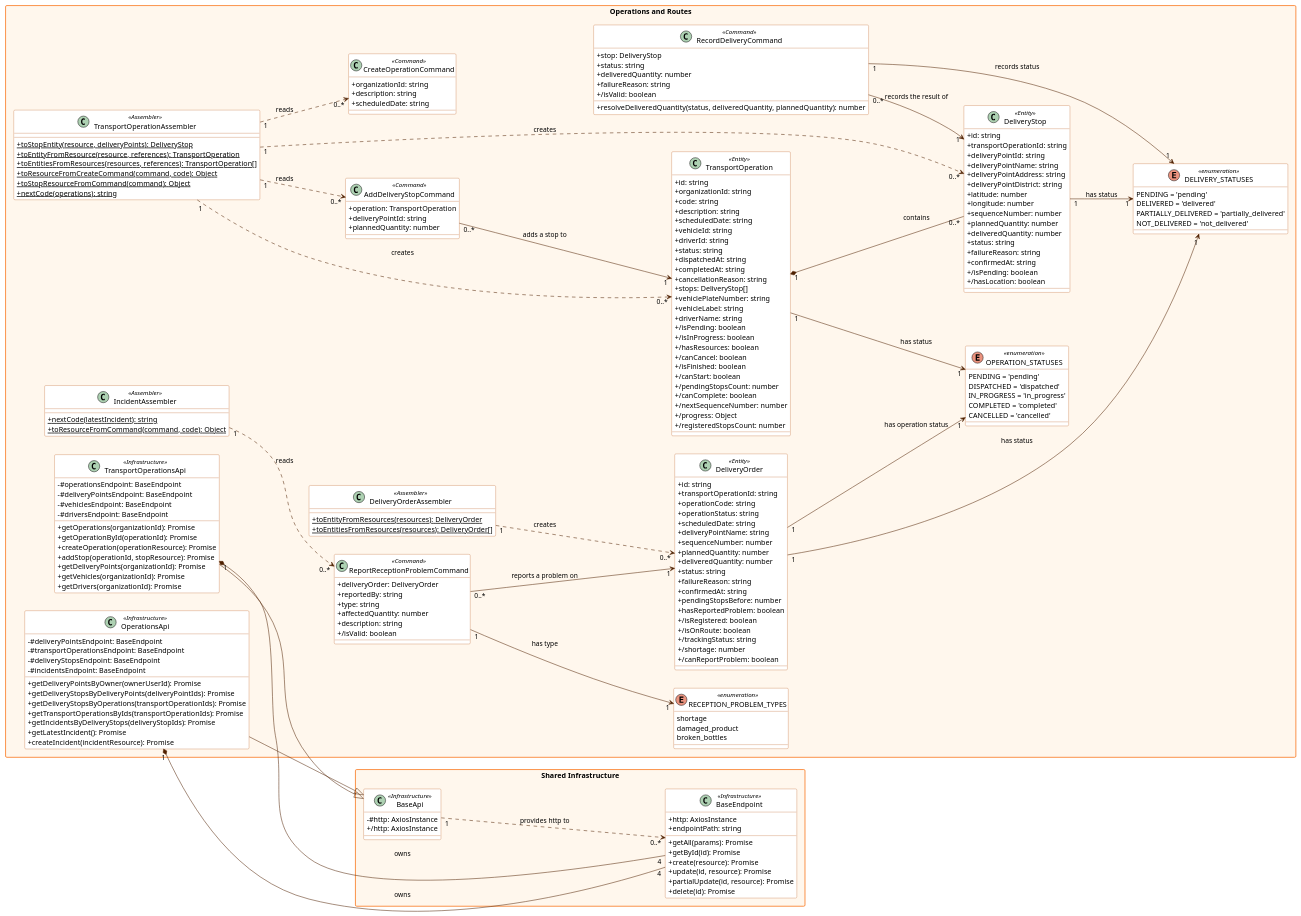
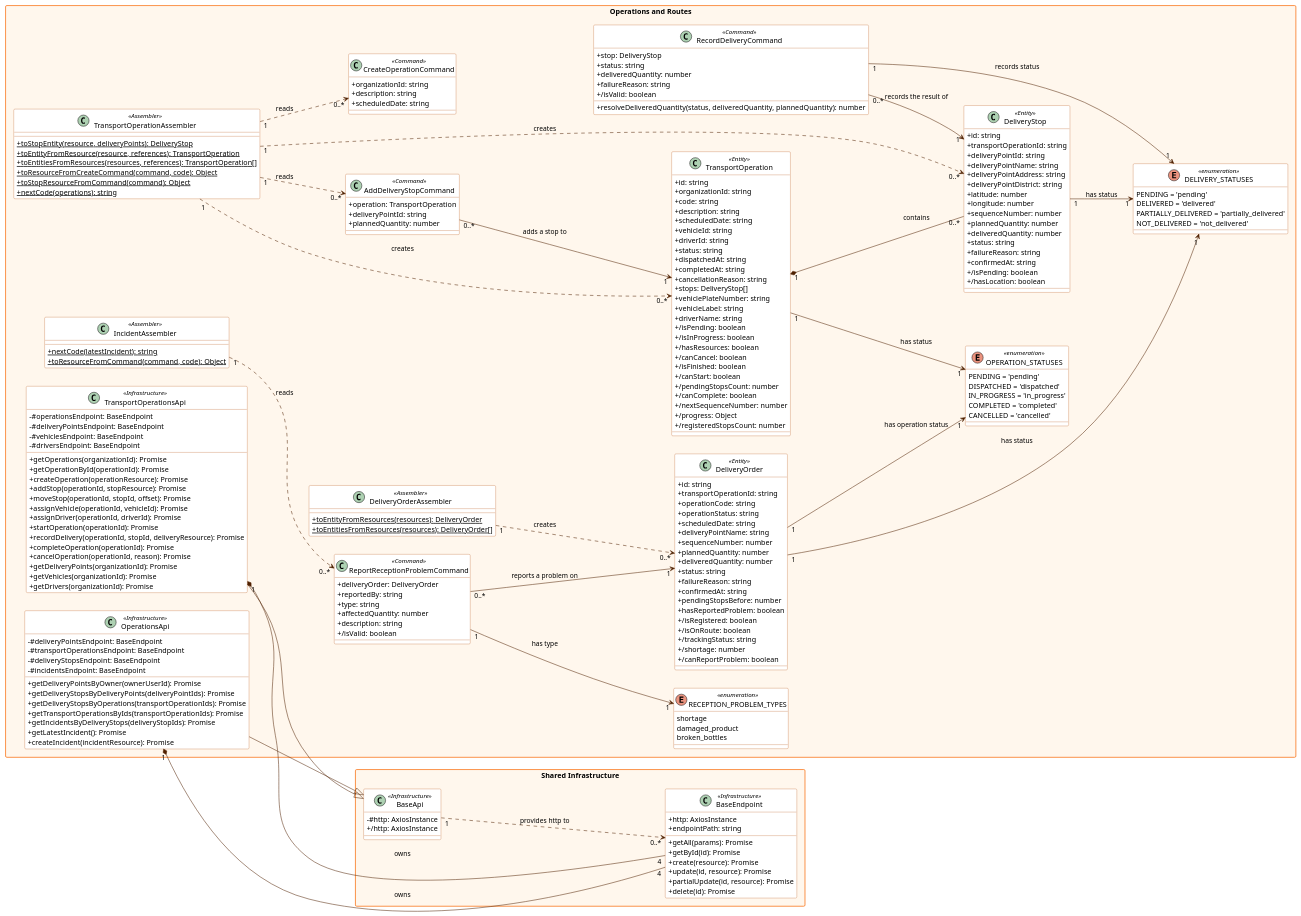
Before and after one commit to 1ASI0730-2620-8084-CodeCrafters/bottle-track-report: the diagram in report/assets/Software-Object-Oriented-Design/frontend-class-operations-routes.puml, drawn with PlantUML. The commit also changed 3 other files, not shown here.

Commit message:
docs(report): add the operation lifecycle endpoints to the operations class diagrams

```diff
--- a/report/assets/Software-Object-Oriented-Design/frontend-class-operations-routes.puml
+++ b/report/assets/Software-Object-Oriented-Design/frontend-class-operations-routes.puml
@@ -154,6 +154,13 @@
     + getOperationById(operationId): Promise
     + createOperation(operationResource): Promise
     + addStop(operationId, stopResource): Promise
+    + moveStop(operationId, stopId, offset): Promise
+    + assignVehicle(operationId, vehicleId): Promise
+    + assignDriver(operationId, driverId): Promise
+    + startOperation(operationId): Promise
+    + recordDelivery(operationId, stopId, deliveryResource): Promise
+    + completeOperation(operationId): Promise
+    + cancelOperation(operationId, reason): Promise
     + getDeliveryPoints(organizationId): Promise
     + getVehicles(organizationId): Promise
     + getDrivers(organizationId): Promise
```
